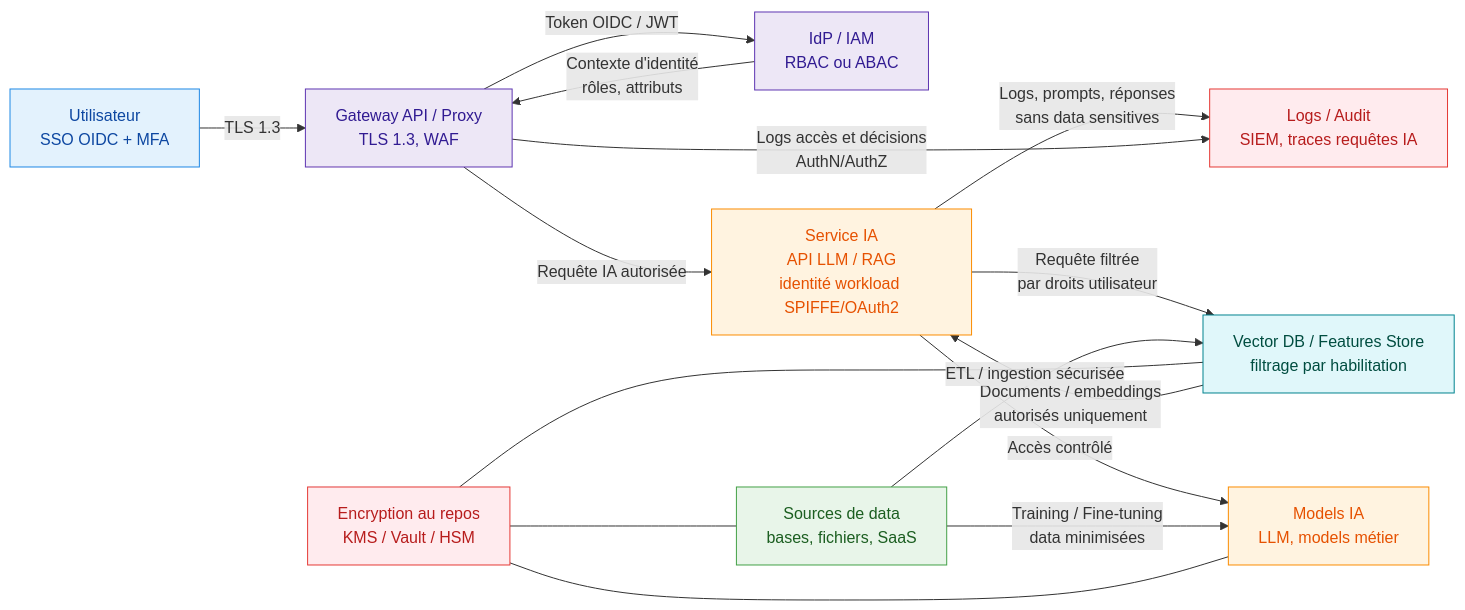
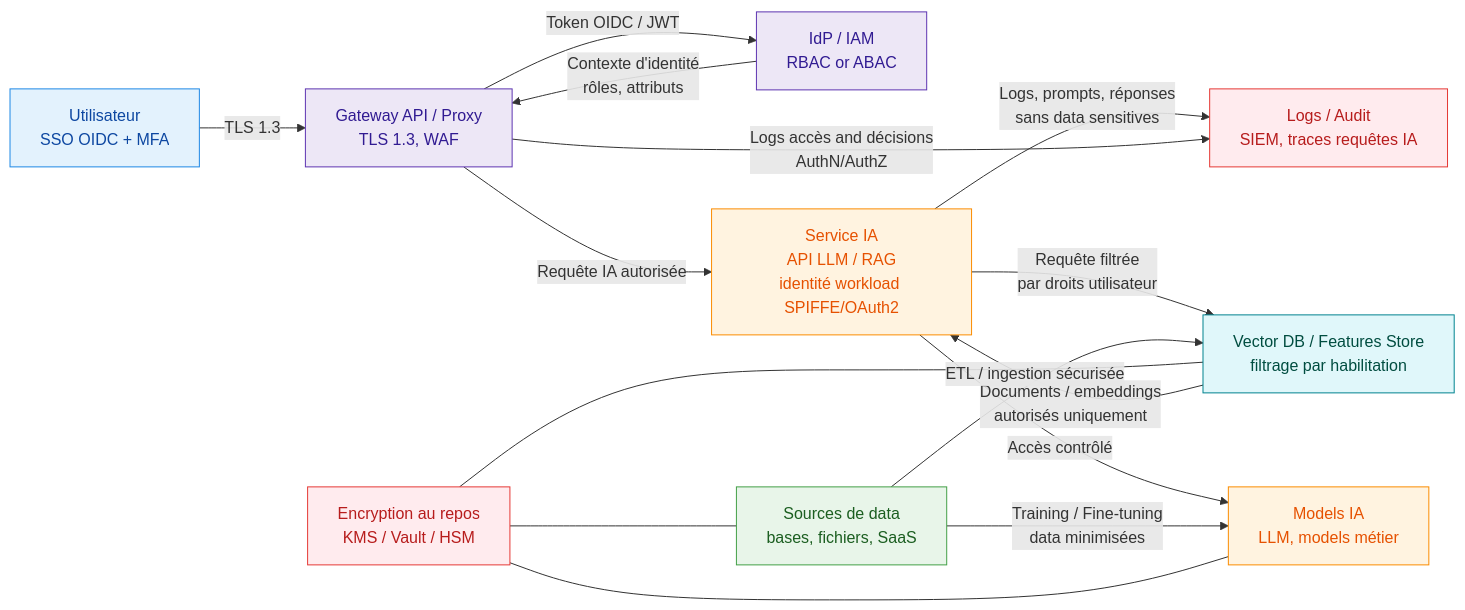
One commit to brunseba/ai-tech-watch changed the diagram in docs/use-cases/workflow-diagram-request.md. Above: the diagram before and after it, drawn with Mermaid. The commit also changed other lines of this file and 24 other files, not shown here.

````diff
--- a/docs/use-cases/workflow-diagram-request.md
+++ b/docs/use-cases/workflow-diagram-request.md
@@ -6,48 +6,48 @@
 ```mermaid
 flowchart LR
     %% Styles
     classDef user fill:#e3f2fd,stroke:#1e88e5,color:#0d47a1;
     classDef auth fill:#ede7f6,stroke:#5e35b1,color:#311b92;
     classDef data fill:#e8f5e9,stroke:#43a047,color:#1b5e20;
     classDef ai fill:#fff3e0,stroke:#fb8c00,color:#e65100;
     classDef sec fill:#ffebee,stroke:#e53935,color:#b71c1c;
     classDef store fill:#e0f7fa,stroke:#00838f,color:#004d40;
 
     %% Utilisateur
     U[Utilisateur<br/>SSO OIDC + MFA]:::user
 
     %% AuthN / AuthZ
     G[Gateway API / Proxy<br/>TLS 1.3, WAF]:::auth
-    I[IdP / IAM<br/>RBAC ou ABAC]:::auth
+    I[IdP / IAM<br/>RBAC or ABAC]:::auth
 
     %% Couche IA
     S[Service IA<br/>API LLM / RAG<br/>identité workload SPIFFE/OAuth2]:::ai
     V[Vector DB / Features Store<br/>filtrage par habilitation]:::store
     M[Models IA<br/>LLM, models métier]:::ai
 
     %% Data
     D[Sources de data<br/>bases, fichiers, SaaS]:::data
     C[Encryption au repos<br/>KMS / Vault / HSM]:::sec
     L[Logs / Audit<br/>SIEM, traces requêtes IA]:::sec
 
     %% Flow utilisateur
     U -->|TLS 1.3| G
     G -->|Token OIDC / JWT| I
     I -->|Contexte d'identité<br/>rôles, attributs| G
     G -->|Requête IA autorisée| S
 
     %% Flow IA -> data
     S -->|Requête filtrée<br/>par droits utilisateur| V
     S -->|Accès contrôlé| M
     V -->|Documents / embeddings<br/>autorisés uniquement| S
     D -->|ETL / ingestion sécurisée| V
     D -->|Training / Fine-tuning<br/>data minimisées| M
 
     %% Security transversale
     C --- D
     C --- V
     C --- M
 
     S -->|Logs, prompts, réponses<br/>sans data sensitives| L
-    G -->|Logs accès et décisions<br/>AuthN/AuthZ| L
+    G -->|Logs accès and décisions<br/>AuthN/AuthZ| L
 ```
````
